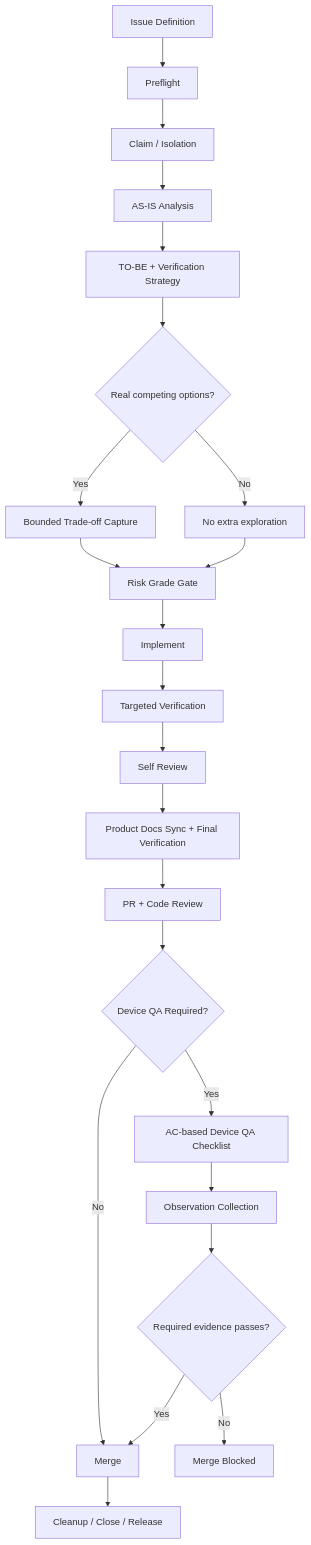
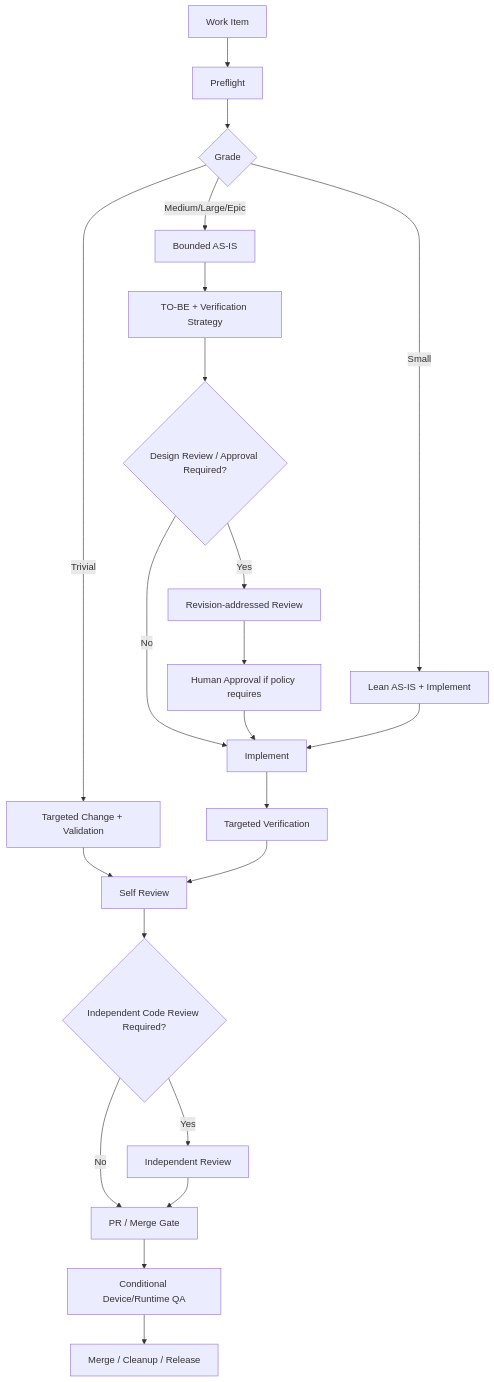
Before and after one commit to seok-jun/adaptive-agentic-sdd: the diagram in README.md, drawn with Mermaid. The commit also changed other lines of this file and 11 other files, not shown here.

````diff
--- a/README.md
+++ b/README.md
@@ -72,30 +67,24 @@
 ```mermaid
 flowchart TD
-    A[Issue Definition] --> B[Preflight]
-    B --> C[Claim / Isolation]
-    C --> D[AS-IS Analysis]
+    A[Work Item] --> B[Preflight]
+    B --> C{Grade}
+    C -->|Trivial| T[Targeted Change + Validation]
+    C -->|Small| S[Lean AS-IS + Implement]
+    C -->|Medium/Large/Epic| D[Bounded AS-IS]
     D --> E[TO-BE + Verification Strategy]
-
-    E --> F{Real competing options?}
-    F -- Yes --> G[Bounded Trade-off Capture]
-    F -- No --> H[No extra exploration]
-
-    G --> I[Risk Grade Gate]
+    E --> F{Design Review / Approval Required?}
+    F -->|Yes| G[Revision-addressed Review]
+    G --> H[Human Approval if policy requires]
+    F -->|No| I[Implement]
     H --> I
-
-    I --> J[Implement]
-    J --> K[Targeted Verification]
-    K --> L[Self Review]
-    L --> M[Product Docs Sync + Final Verification]
-    M --> N[PR + Code Review]
-
-    N --> O{Device QA Required?}
-    O -- No --> P[Merge]
-    O -- Yes --> Q[AC-based Device QA Checklist]
-    Q --> R[Observation Collection]
-    R --> S{Required evidence passes?}
-    S -- No --> T[Merge Blocked]
-    S -- Yes --> P
-
-    P --> U[Cleanup / Close / Release]
+    S --> I
+    T --> J[Self Review]
+    I --> K[Targeted Verification]
+    K --> J
+    J --> L{Independent Code Review Required?}
+    L -->|Yes| M[Independent Review]
+    L -->|No| N[PR / Merge Gate]
+    M --> N
+    N --> O[Conditional Device/Runtime QA]
+    O --> P[Merge / Cleanup / Release]
 ```
````
